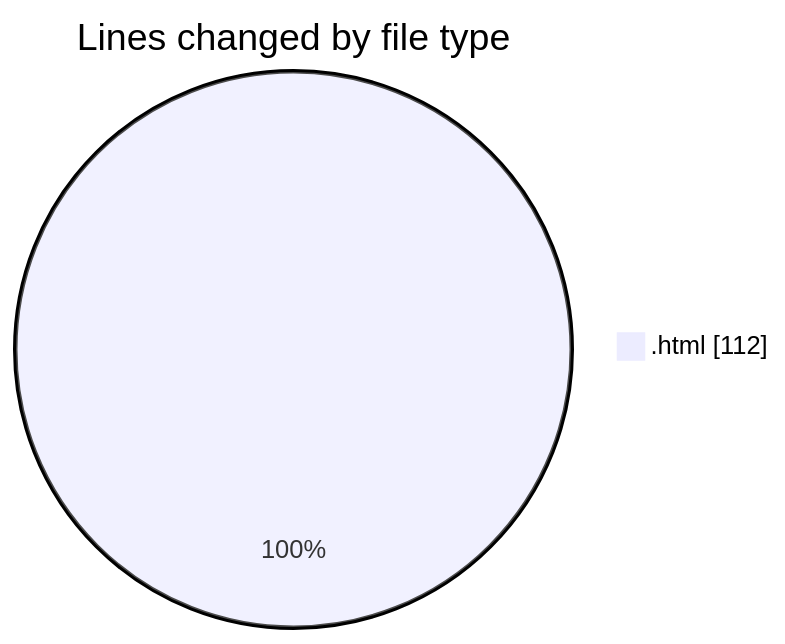
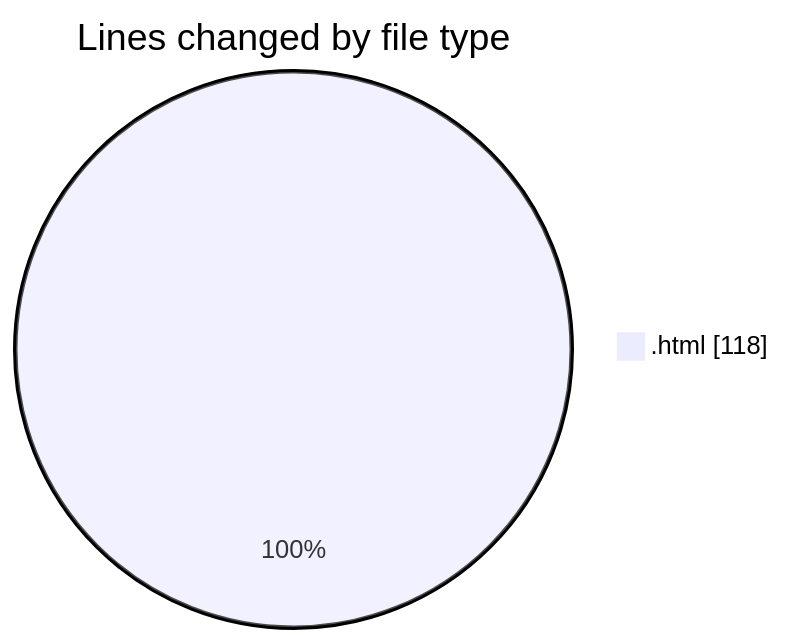
One commit to nxtqubesakshisongat/code-tracking changed the first of 2 diagrams in 2025-10-25/javacript/README.md. Above: the diagram before and after it, drawn with Mermaid. The commit also changed other lines of this file and 1 other file, not shown here.

````diff
--- a/2025-10-25/javacript/README.md
+++ b/2025-10-25/javacript/README.md
@@ -20,5 +20,5 @@
 ```mermaid
 pie showData
 title Lines changed by file type
-".html" : 112
+".html" : 118
 ```
````
